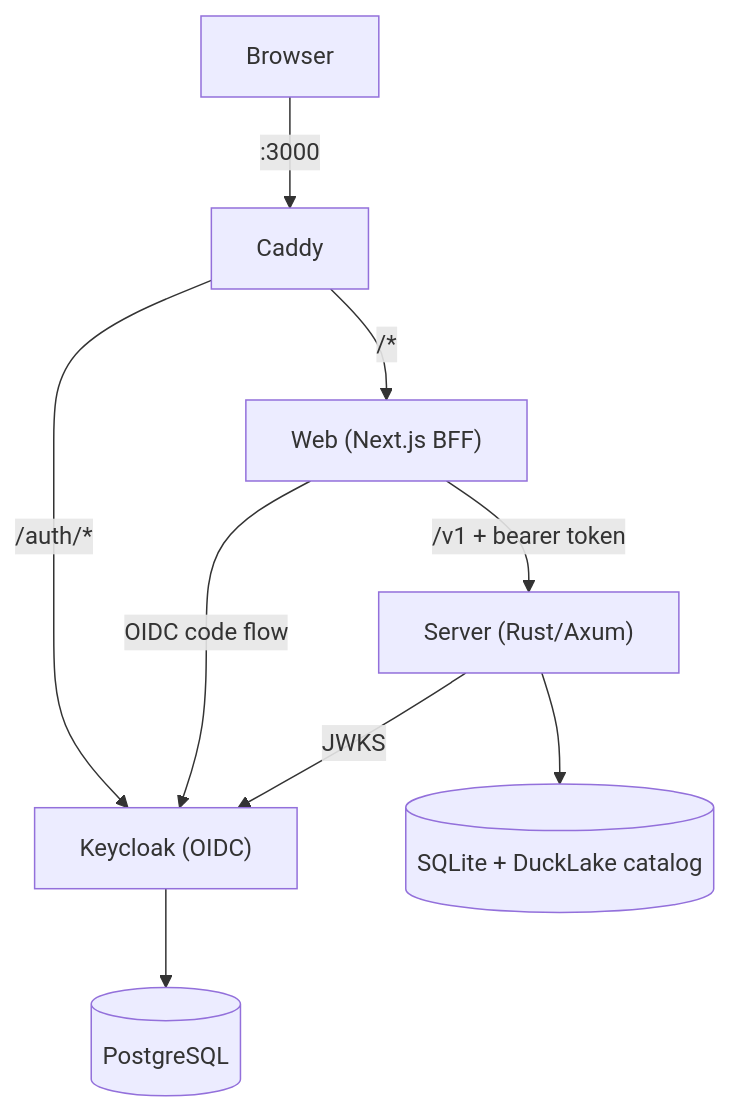
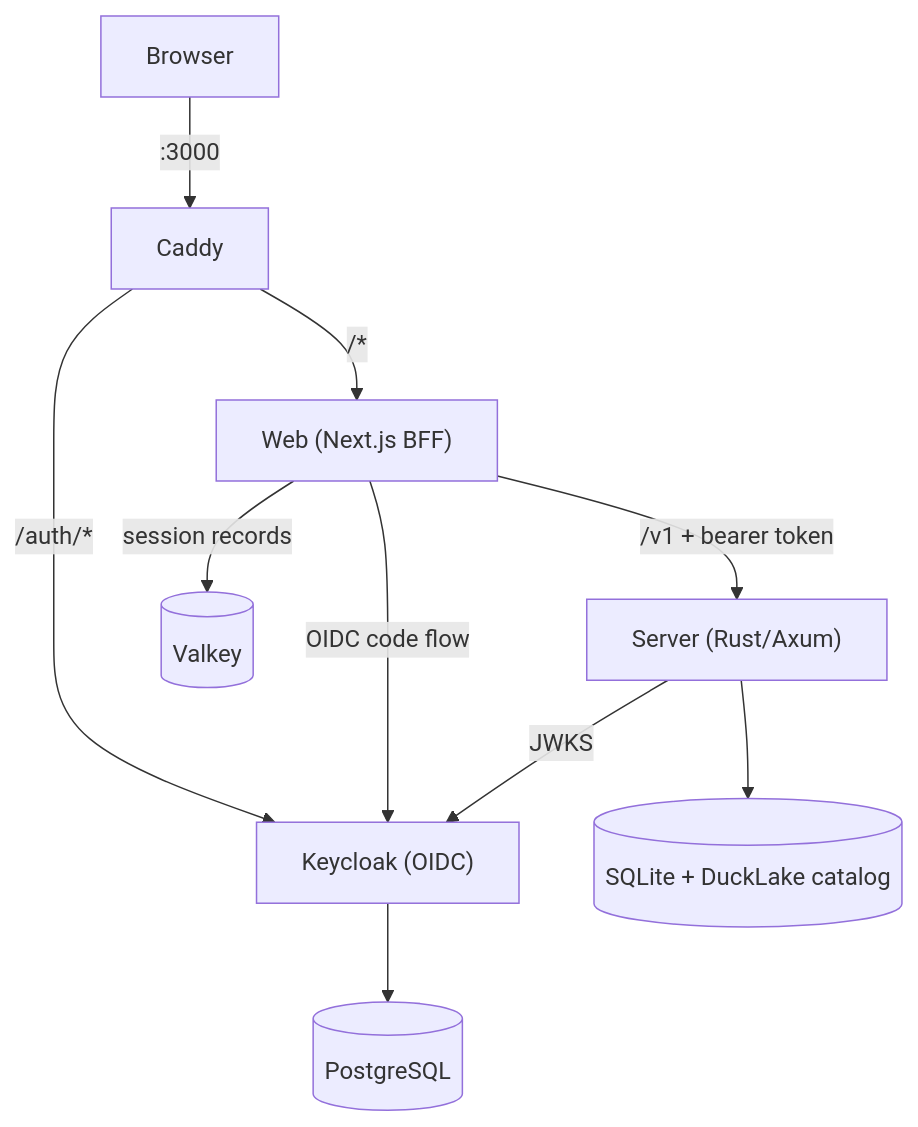
One commit to Kanzo-Tech/keasy changed the diagram in README.md. Above: the diagram before and after it, drawn with Mermaid. The commit also changed other lines of this file and 5 other files, not shown here.

````diff
--- a/README.md
+++ b/README.md
@@ -54,11 +54,12 @@
 ```mermaid
 graph TD
     Browser -->|":3000"| Caddy
     Caddy -->|"/auth/*"| Keycloak["Keycloak (OIDC)"]
     Caddy -->|"/*"| Web["Web (Next.js BFF)"]
     Web -->|"/v1 + bearer token"| Server["Server (Rust/Axum)"]
     Web -->|"OIDC code flow"| Keycloak
+    Web -->|"session records"| Valkey[("Valkey")]
     Server -->|"JWKS"| Keycloak
     Server --> SQLite[("SQLite + DuckLake catalog")]
     Keycloak --> PostgreSQL[("PostgreSQL")]
 ```
````
